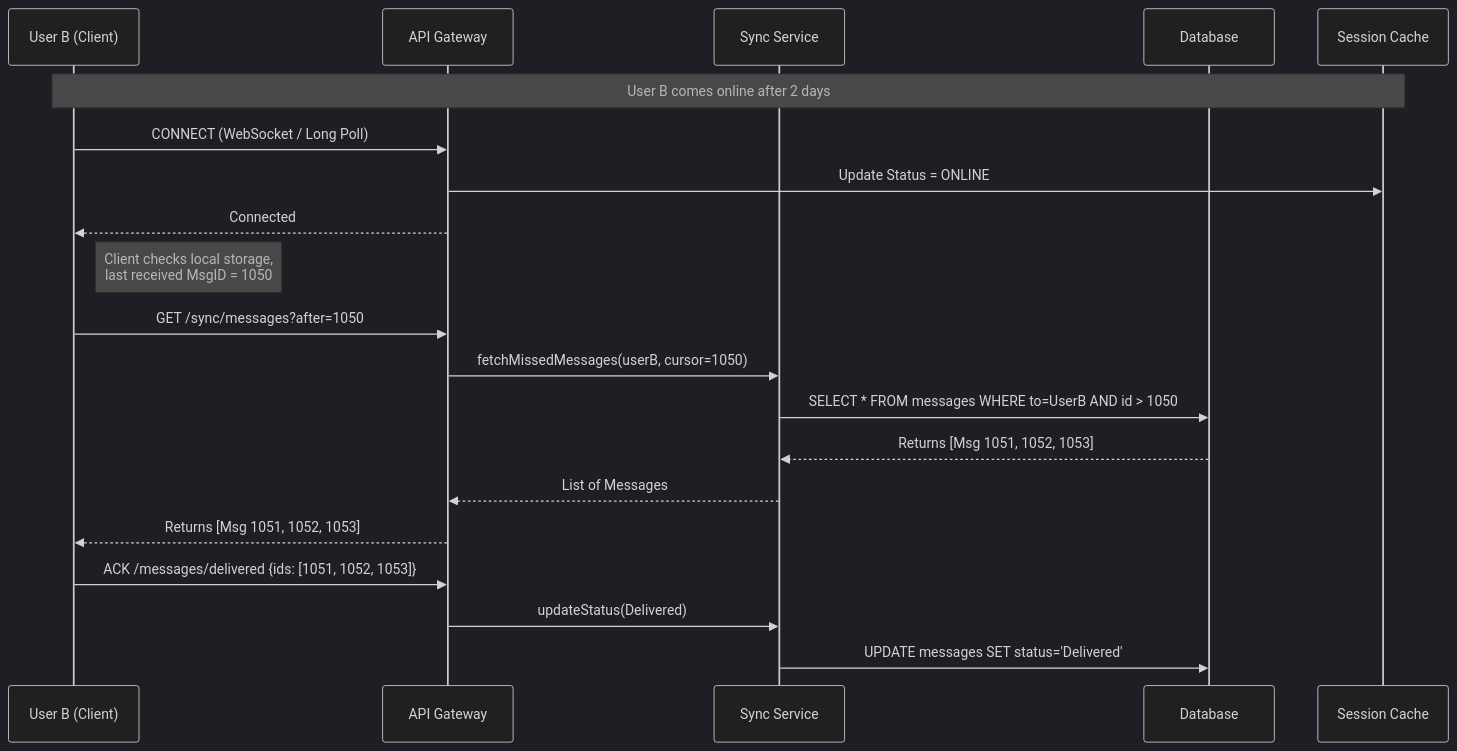
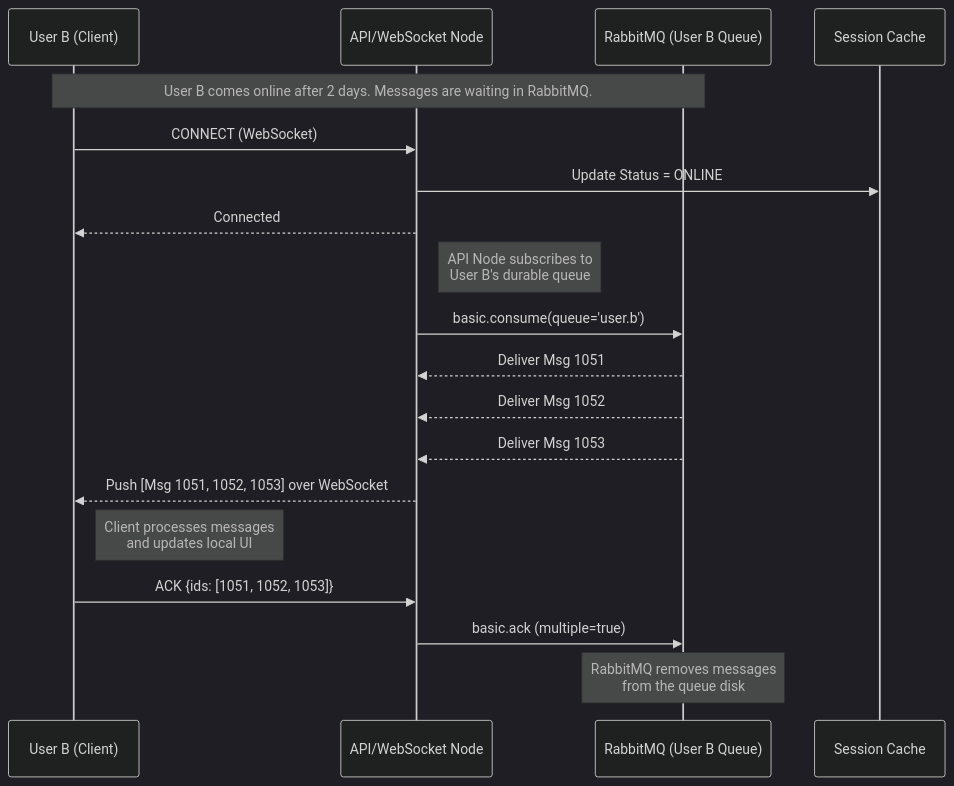
Before and after one commit to upzrov/sdad-lab1: the second of 3 diagrams in README.md, drawn with Mermaid (dark theme). The commit also changed other lines of this file, not shown here.

First line of the commit message:
Revise offline message delivery architecture and diagrams

````diff
--- a/README.md
+++ b/README.md
@@ -65,28 +72,30 @@
 ```mermaid
 sequenceDiagram
     participant UserB as User B (Client)
-    participant API as API Gateway
-    participant Sync as Sync Service
-    participant DB as Database
+    participant API as API/WebSocket Node
+    participant RMQ as RabbitMQ (User B Queue)
     participant Cache as Session Cache
 
-    Note over UserB, Cache: User B comes online after 2 days
+    Note over UserB, RMQ: User B comes online after 2 days. Messages are waiting in RabbitMQ.
 
-    UserB->>API: CONNECT (WebSocket / Long Poll)
+    UserB->>API: CONNECT (WebSocket)
     API->>Cache: Update Status = ONLINE
     API-->>UserB: Connected
     
-    Note right of UserB: Client checks local storage,<br/>last received MsgID = 1050
+    Note right of API: API Node subscribes to<br/>User B's durable queue
 
-    UserB->>API: GET /sync/messages?after=1050
-    API->>Sync: fetchMissedMessages(userB, cursor=1050)
-    Sync->>DB: SELECT * FROM messages WHERE to=UserB AND id > 1050
-    DB-->>Sync: Returns [Msg 1051, 1052, 1053]
-    Sync-->>API: List of Messages
-    API-->>UserB: Returns [Msg 1051, 1052, 1053]
+    API->>RMQ: basic.consume(queue='user.b')
+    RMQ-->>API: Deliver Msg 1051
+    RMQ-->>API: Deliver Msg 1052
+    RMQ-->>API: Deliver Msg 1053
+    
+    API-->>UserB: Push [Msg 1051, 1052, 1053] over WebSocket
 
-    UserB->>API: ACK /messages/delivered {ids: [1051, 1052, 1053]}
-    API->>Sync: updateStatus(Delivered)
-    Sync->>DB: UPDATE messages SET status='Delivered'
+    Note right of UserB: Client processes messages<br/>and updates local UI
+
+    UserB->>API: ACK {ids: [1051, 1052, 1053]}
+    API->>RMQ: basic.ack (multiple=true)
+    
+    Note over RMQ: RabbitMQ removes messages<br/>from the queue disk
 
 ```
````
